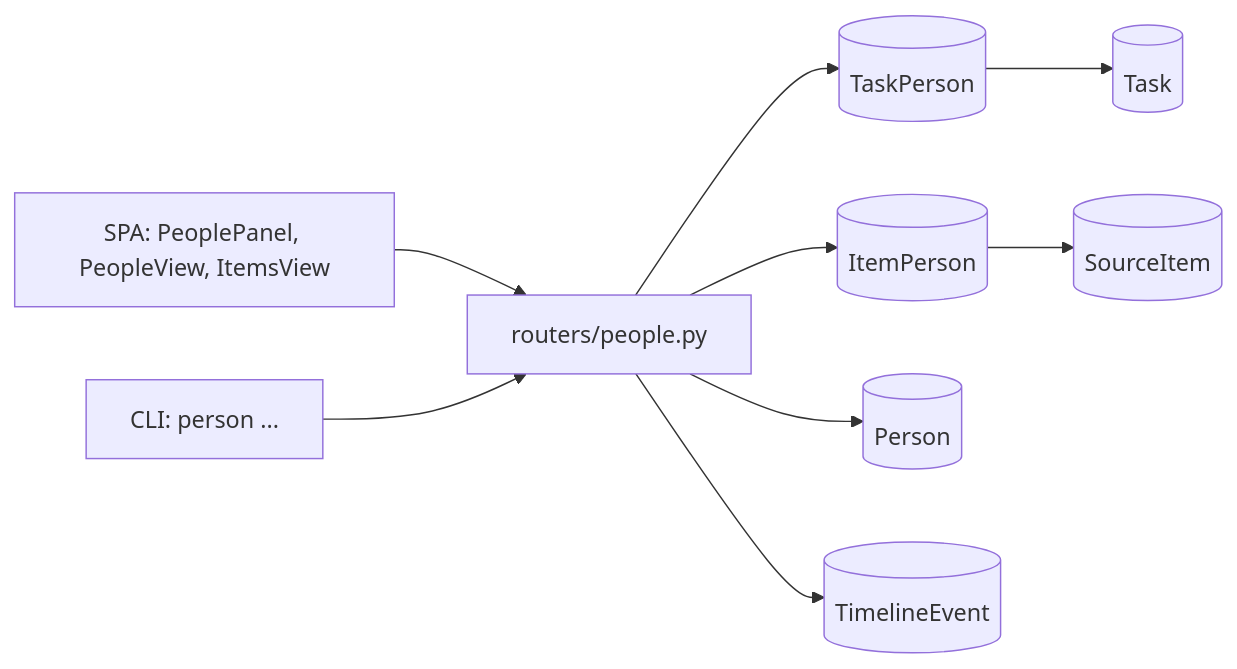
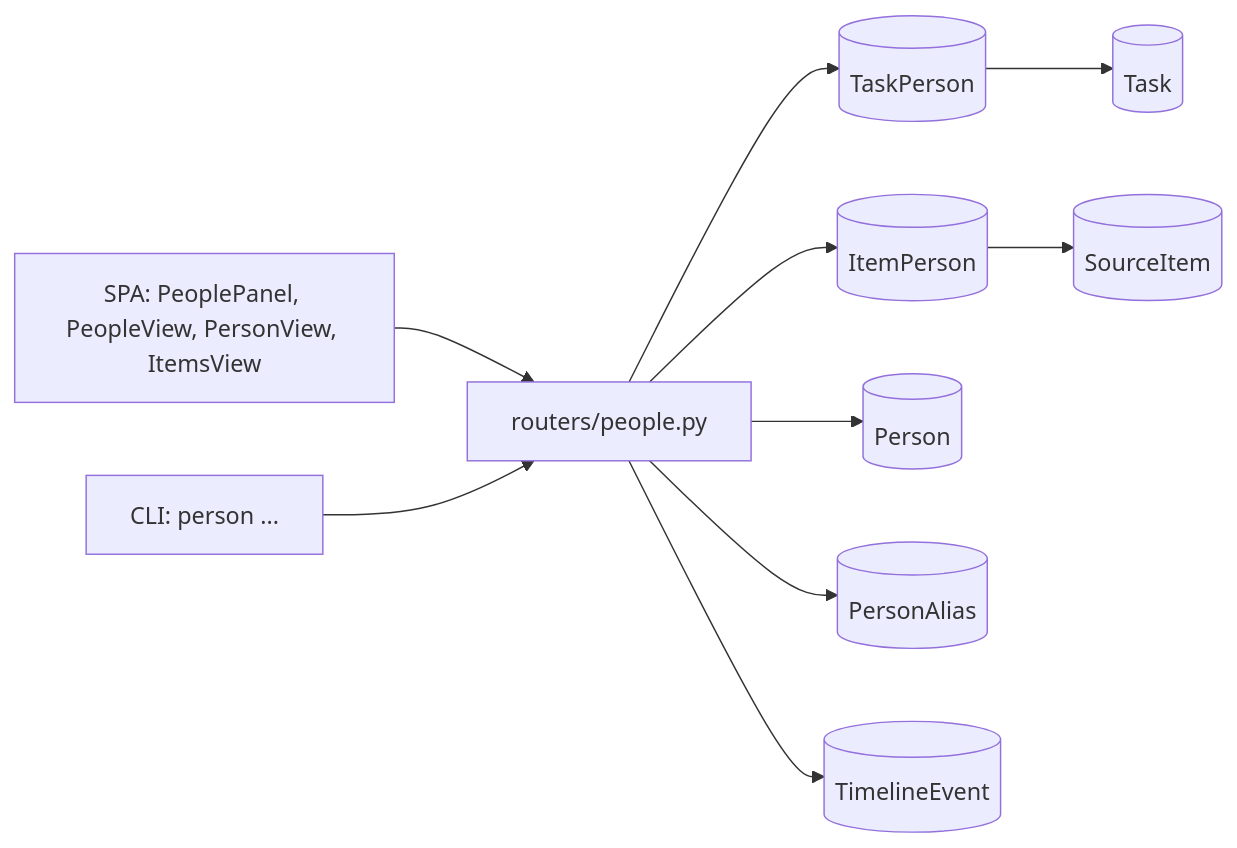
The first of 6 diagrams in .sdlc/features/p12-people/specification.md (TomzxCode/agentic), drawn with Mermaid before and after one commit. The commit also changed other lines of this file and 16 other files, not shown here.

````diff
--- a/.sdlc/features/p12-people/specification.md
+++ b/.sdlc/features/p12-people/specification.md
@@ -21,11 +22,12 @@
 ```mermaid
 flowchart LR
-    SPA[SPA: PeoplePanel, PeopleView, ItemsView] --> P[routers/people.py]
+    SPA[SPA: PeoplePanel, PeopleView, PersonView, ItemsView] --> P[routers/people.py]
     CLI[CLI: person ...] --> P
     P --> TP[(TaskPerson)]
     P --> IP[(ItemPerson)]
     P --> PE[(Person)]
+    P --> PA[(PersonAlias)]
     P --> TL[(TimelineEvent)]
     TP --> T[(Task)]
     IP --> I[(SourceItem)]
 ```
````
